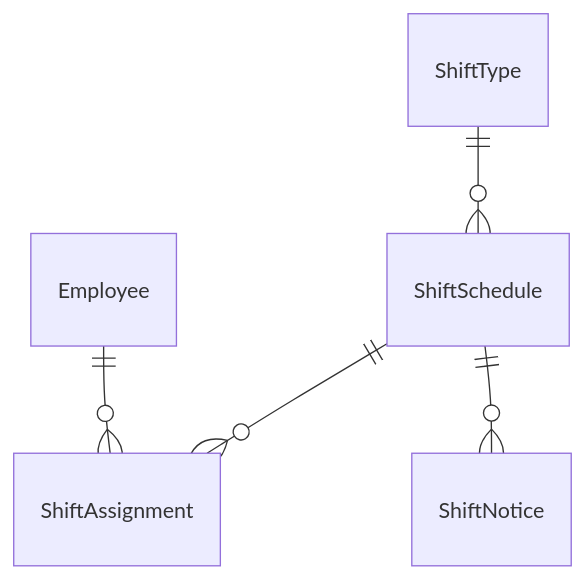
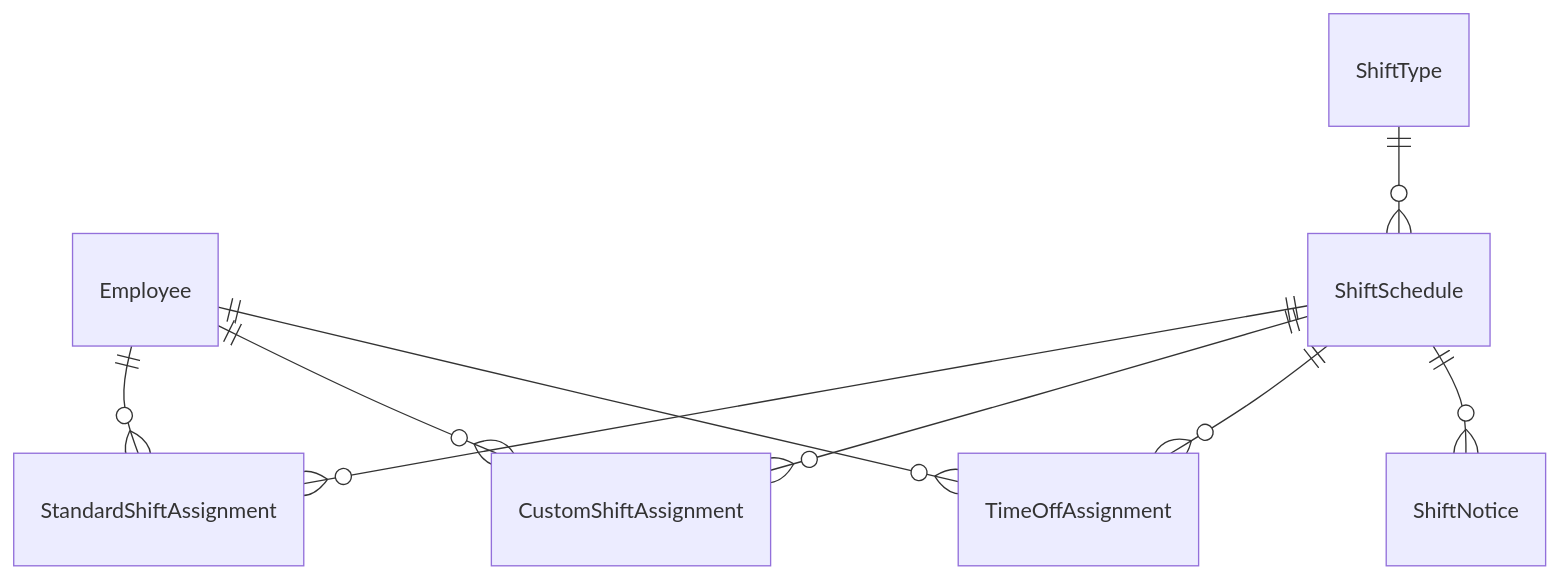
One commit to t-noda-211/shift-management changed the diagram in docs/entity-relationship-diagram.md. Above: the diagram before and after it, drawn with Mermaid. The commit also changed other lines of this file and 12 other files, not shown here.

Commit message:
ShiftAssignment関連のクラスをStandardShiftAssignment、CustomShiftAssignment、TimeOffAssignmentに分割し、ESLint設定を更新。ShiftScheduleのテストを修正し、関連するエラーメッセージを統一。

````diff
--- a/docs/entity-relationship-diagram.md
+++ b/docs/entity-relationship-diagram.md
@@ -7,18 +7,24 @@
 ```mermaid
 erDiagram
     %% Employee集約
     Employee
 
     %% ShiftType集約
     ShiftType
 
     %% ShiftSchedule集約
     ShiftSchedule
-    ShiftAssignment
+    StandardShiftAssignment
+    CustomShiftAssignment
+    TimeOffAssignment
     ShiftNotice
 
     ShiftType ||--o{ ShiftSchedule : ""
-    ShiftSchedule ||--o{ ShiftAssignment: ""
-    Employee ||--o{ ShiftAssignment: ""
+    ShiftSchedule ||--o{ StandardShiftAssignment: ""
+    ShiftSchedule ||--o{ CustomShiftAssignment: ""
+    ShiftSchedule ||--o{ TimeOffAssignment: ""
+    Employee ||--o{ StandardShiftAssignment: ""
+    Employee ||--o{ CustomShiftAssignment: ""
+    Employee ||--o{ TimeOffAssignment: ""
     ShiftSchedule ||--o{ ShiftNotice: ""
 ```
````
